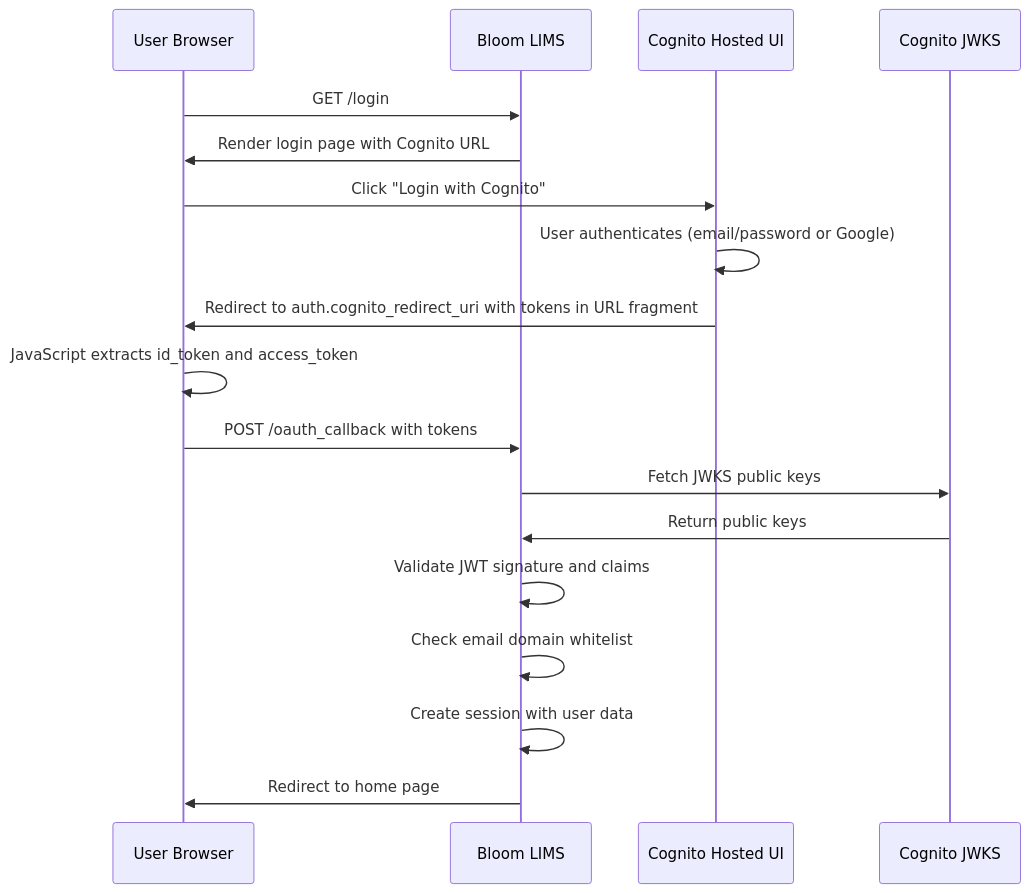
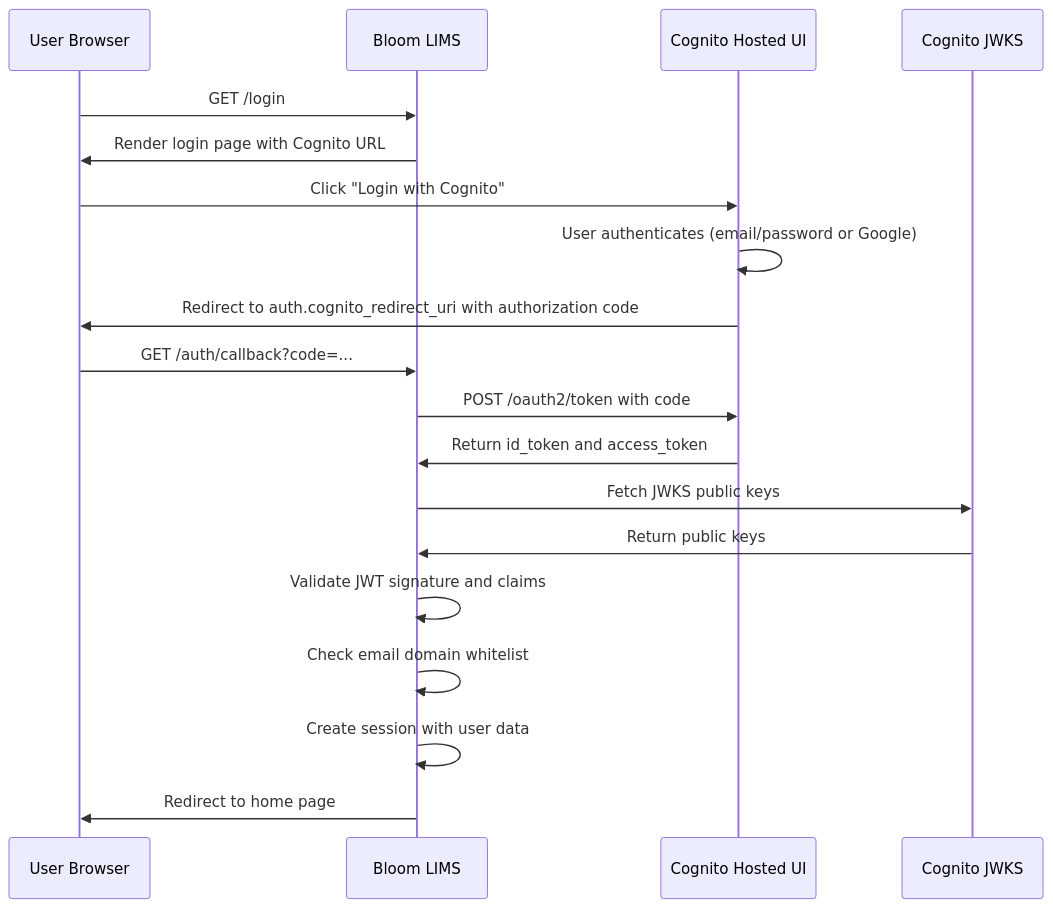
One commit to Daylily-Informatics/bloom changed the diagram in bloom_lims/docs/cognito.md. Above: the diagram before and after it, drawn with Mermaid. The commit also changed other lines of this file and 10 other files, not shown here.

Commit message:
Fix Bloom auth callback and admin group handling

````diff
--- a/bloom_lims/docs/cognito.md
+++ b/bloom_lims/docs/cognito.md
@@ -447,21 +447,22 @@
 ```mermaid
 sequenceDiagram
     participant U as User Browser
     participant B as Bloom LIMS
     participant C as Cognito Hosted UI
     participant J as Cognito JWKS
 
     U->>B: GET /login
     B->>U: Render login page with Cognito URL
     U->>C: Click "Login with Cognito"
     C->>C: User authenticates (email/password or Google)
-    C->>U: Redirect to auth.cognito_redirect_uri with tokens in URL fragment
-    U->>U: JavaScript extracts id_token and access_token
-    U->>B: POST /oauth_callback with tokens
+    C->>U: Redirect to auth.cognito_redirect_uri with authorization code
+    U->>B: GET /auth/callback?code=...
+    B->>C: POST /oauth2/token with code
+    C->>B: Return id_token and access_token
     B->>J: Fetch JWKS public keys
     J->>B: Return public keys
     B->>B: Validate JWT signature and claims
     B->>B: Check email domain whitelist
     B->>B: Create session with user data
     B->>U: Redirect to home page
 ```
````
